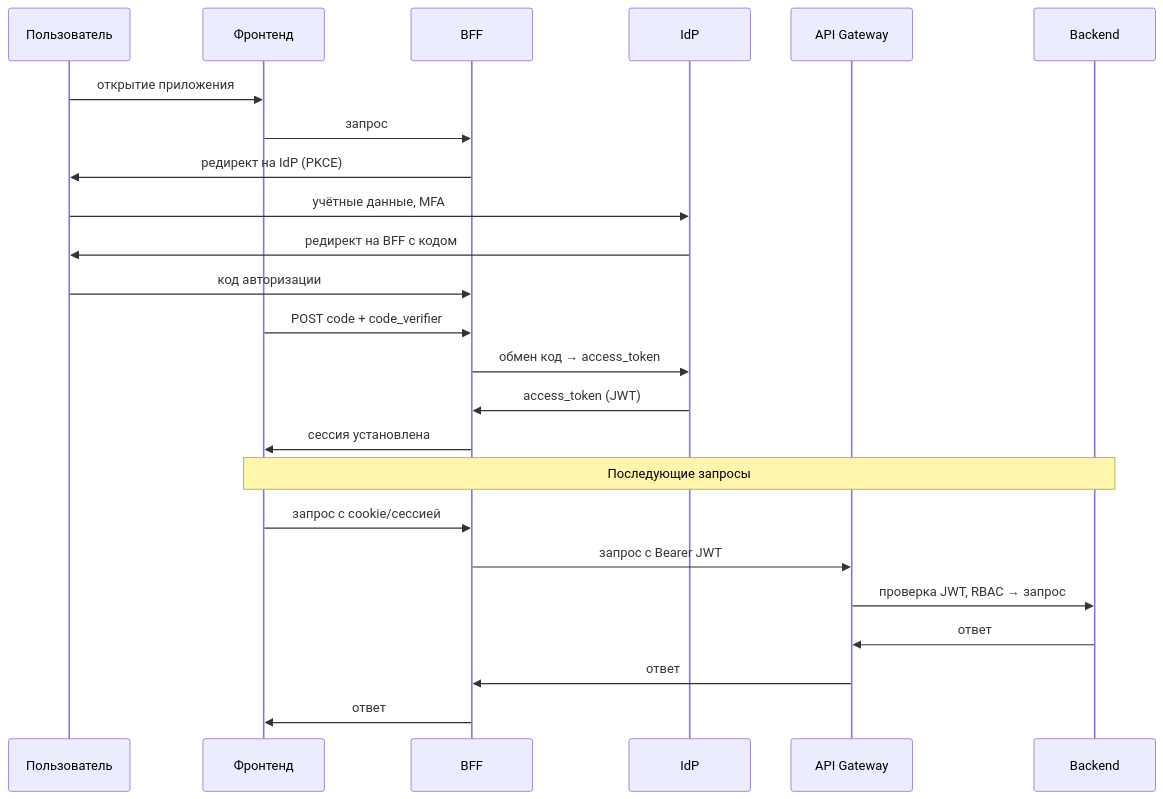
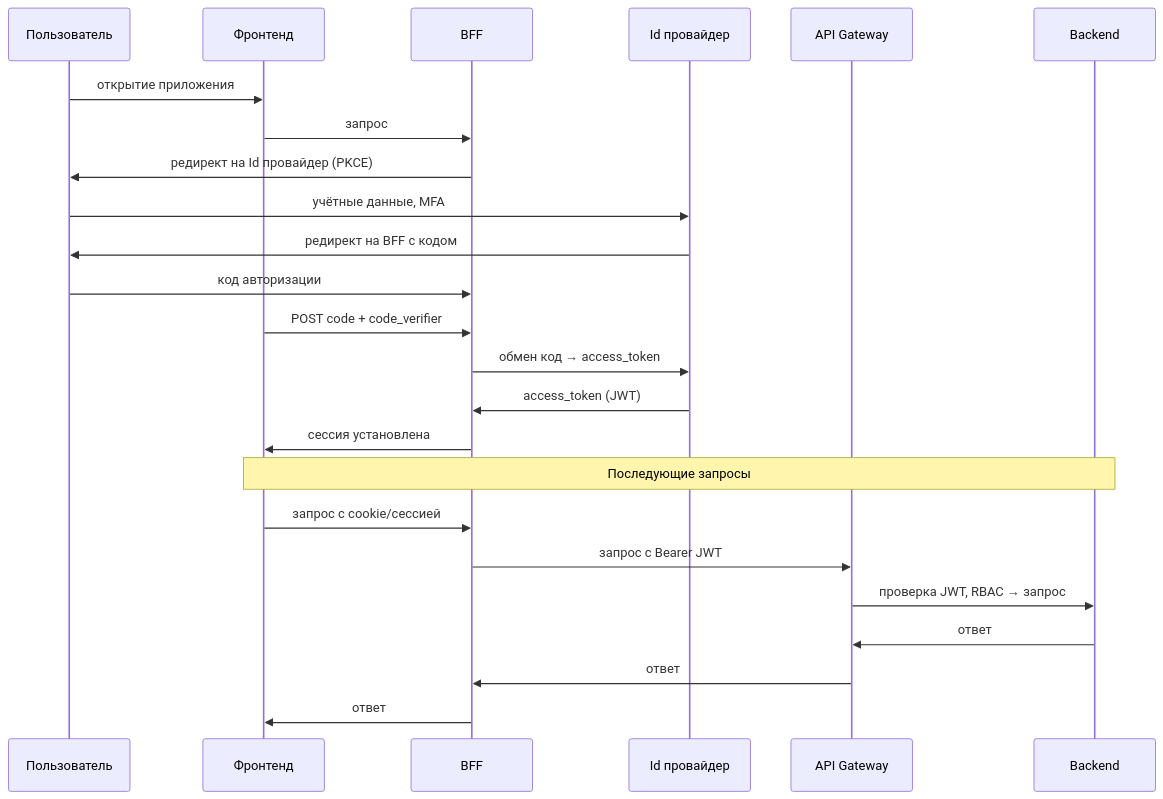
One commit to Trump68/infra changed the fifth of 19 diagrams in TZ/1.Пояснительная записка к техническому проекту.md. Above: the diagram before and after it, drawn with Mermaid. The commit also changed other lines of this file and 1 other file, not shown here.

First line of the commit message:
docs: refine Фармадок architecture documentation with updated terminology and participant names

````diff
--- a/TZ/1.Пояснительная записка к техническому проекту.md
+++ b/TZ/1.Пояснительная записка к техническому проекту.md
@@ -573,28 +576,28 @@
 ```mermaid
 sequenceDiagram
   participant User as Пользователь
   participant Frontend as Фронтенд
   participant BFF as BFF
-  participant IdP as IdP
+  participant IdP as Id провайдер
   participant Gateway as API Gateway
   participant Backend as Backend
 
   User->>Frontend: открытие приложения
   Frontend->>BFF: запрос
-  BFF->>User: редирект на IdP (PKCE)
+  BFF->>User: редирект на Id провайдер (PKCE)
   User->>IdP: учётные данные, MFA
   IdP->>User: редирект на BFF с кодом
   User->>BFF: код авторизации
   Frontend->>BFF: POST code + code_verifier
   BFF->>IdP: обмен код → access_token
   IdP->>BFF: access_token (JWT)
   BFF->>Frontend: сессия установлена
 
   Note over Frontend,Backend: Последующие запросы
   Frontend->>BFF: запрос с cookie/сессией
   BFF->>Gateway: запрос с Bearer JWT
   Gateway->>Backend: проверка JWT, RBAC → запрос
   Backend->>Gateway: ответ
   Gateway->>BFF: ответ
   BFF->>Frontend: ответ
 ```
````
